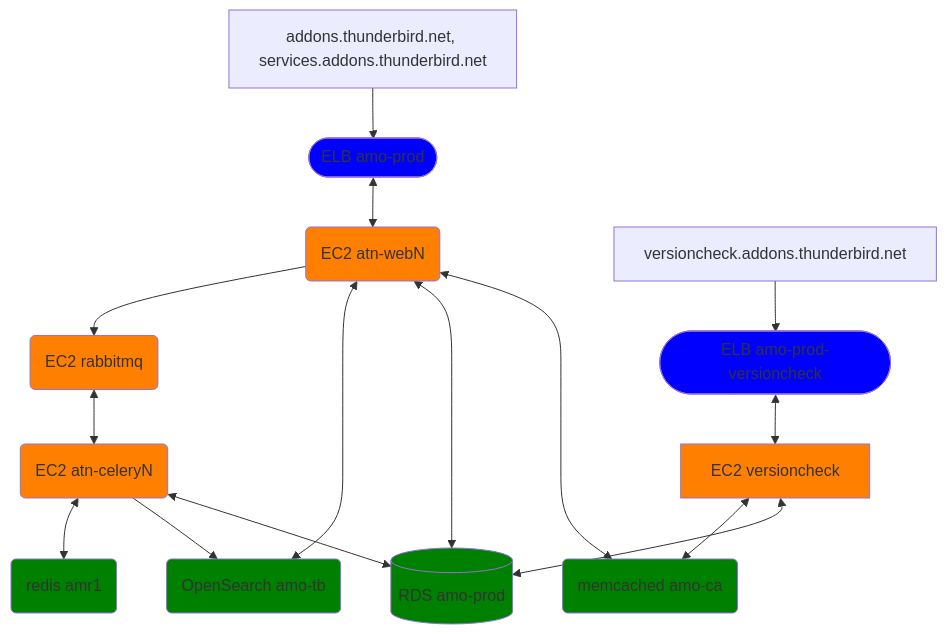
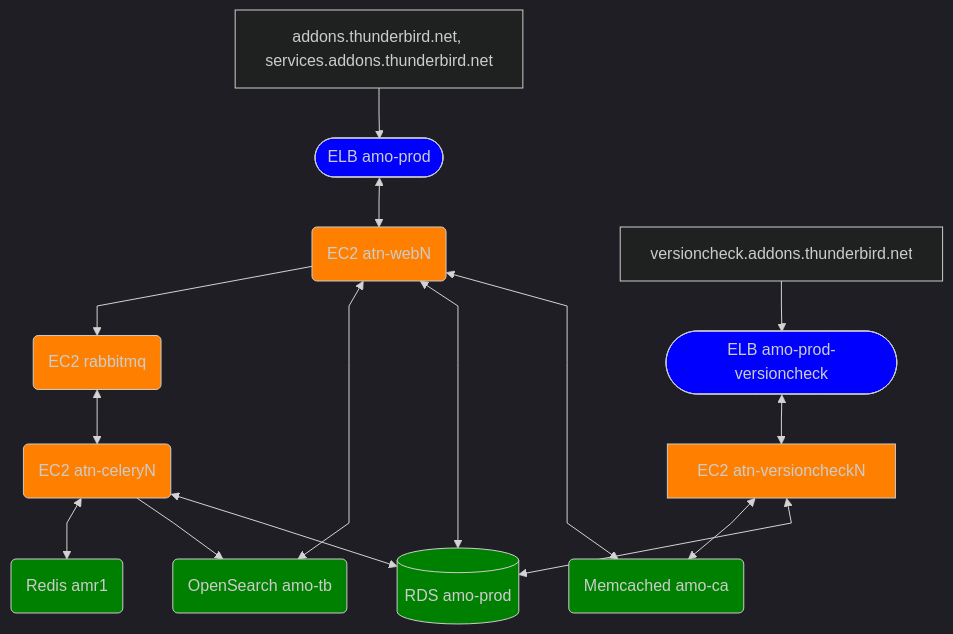
One commit to thunderbird/thundernest-ansible changed the diagram in addons/README.md. Above: the diagram before and after it, drawn with Mermaid. The commit also changed other lines of this file and 5 other files, not shown here.

````diff
--- a/addons/README.md
+++ b/addons/README.md
@@ -30,41 +32,41 @@
 ```mermaid
-%% { init : { "theme" : "dark", "flowchart" : { "curve" : "linear" }}}%%
+%%{ init : { "theme" : "dark", "flowchart" : { "curve" : "linear" }}}%%
 
 flowchart TB
 
     AURL[addons.thunderbird.net, services.addons.thunderbird.net]
     AELB([ELB amo-prod]):::elb
     AWEB(EC2 atn-webN):::ec2
     CEL(EC2 atn-celeryN):::ec2
     RAB(EC2 rabbitmq):::ec2
 
     RDS[(RDS amo-prod)]:::managed
     ES(OpenSearch amo-tb):::managed
-    RED(redis amr1):::managed
-    Z(memcached amo-ca):::managed
+    RED(Redis amr1):::managed
+    Z(Memcached amo-ca):::managed
 
     VURL[versioncheck.addons.thunderbird.net]
     VELB([ELB amo-prod-versioncheck]):::elb
-    VWEB[EC2 versioncheck]:::ec2
+    VWEB[EC2 atn-versioncheckN]:::ec2
 
     AURL -->AELB
     AELB <--> AWEB
     AWEB <--> Z
     AWEB <--> RDS
     AWEB <--> ES
 
     CEL <--> RDS
     CEL --> ES
     CEL <--> RED
 
     AWEB --> RAB
     RAB <--> CEL
 
     VURL --> VELB <--> VWEB
     VWEB <--> RDS
     VWEB <--> Z
 
  classDef managed fill:green
  classDef elb fill:blue
  classDef ec2 fill:#ff8000
 ```
````
